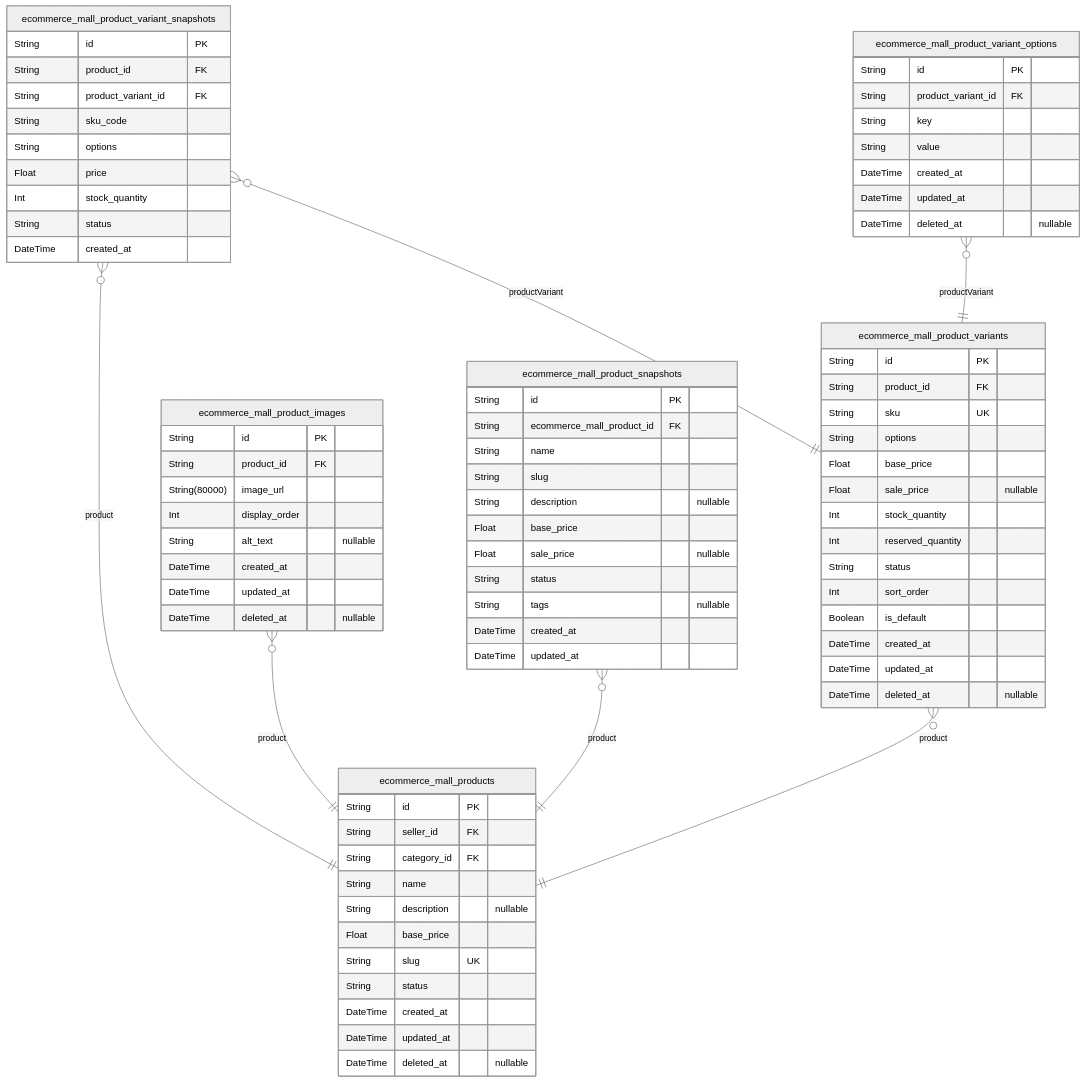
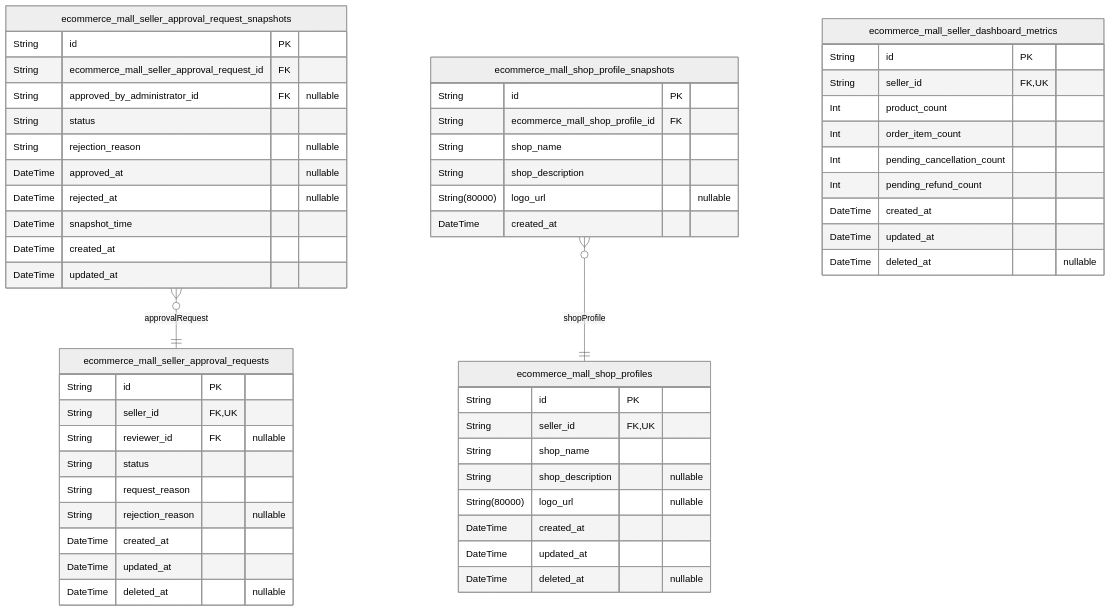
The third of 8 diagrams in qwen/qwen3.5-35b-a3b/shopping/docs/ERD.md (wrtnlabs/autobe-examples), drawn with Mermaid (neutral theme) before and after one commit. The commit also changed other lines of this file and 32093 other files, not shown here.

````diff
--- a/qwen/qwen3.5-35b-a3b/shopping/docs/ERD.md
+++ b/qwen/qwen3.5-35b-a3b/shopping/docs/ERD.md
@@ -929,81 +1369,57 @@
 ```mermaid
 erDiagram
-"ecommerce_mall_products" {
+"ecommerce_mall_seller_approval_requests" {
   String id PK
-  String seller_id FK
-  String category_id FK
-  String name
-  String description "nullable"
-  Float base_price
-  String slug UK
+  String seller_id FK,UK
+  String reviewer_id FK "nullable"
   String status
+  String request_reason
+  String rejection_reason "nullable"
   DateTime created_at
   DateTime updated_at
   DateTime deleted_at "nullable"
 }
-"ecommerce_mall_product_variants" {
+"ecommerce_mall_seller_approval_request_snapshots" {
   String id PK
-  String product_id FK
-  String sku UK
-  String options
-  Float base_price
-  Float sale_price "nullable"
-  Int stock_quantity
-  Int reserved_quantity
+  String ecommerce_mall_seller_approval_request_id FK
+  String approved_by_administrator_id FK "nullable"
   String status
-  Int sort_order
-  Boolean is_default
+  String rejection_reason "nullable"
+  DateTime approved_at "nullable"
+  DateTime rejected_at "nullable"
+  DateTime snapshot_time
+  DateTime created_at
+  DateTime updated_at
+}
+"ecommerce_mall_shop_profiles" {
+  String id PK
+  String seller_id FK,UK
+  String shop_name
+  String shop_description "nullable"
+  String(80000) logo_url "nullable"
   DateTime created_at
   DateTime updated_at
   DateTime deleted_at "nullable"
 }
-"ecommerce_mall_product_images" {
+"ecommerce_mall_shop_profile_snapshots" {
   String id PK
-  String product_id FK
-  String(80000) image_url
-  Int display_order
-  String alt_text "nullable"
+  String ecommerce_mall_shop_profile_id FK
+  String shop_name
+  String shop_description
+  String(80000) logo_url "nullable"
+  DateTime created_at
+}
+"ecommerce_mall_seller_dashboard_metrics" {
+  String id PK
+  String seller_id FK,UK
+  Int product_count
+  Int order_item_count
+  Int pending_cancellation_count
+  Int pending_refund_count
   DateTime created_at
   DateTime updated_at
   DateTime deleted_at "nullable"
 }
-"ecommerce_mall_product_snapshots" {
-  String id PK
-  String ecommerce_mall_product_id FK
-  String name
-  String slug
-  String description "nullable"
-  Float base_price
-  Float sale_price "nullable"
-  String status
-  String tags "nullable"
-  DateTime created_at
-  DateTime updated_at
-}
-"ecommerce_mall_product_variant_snapshots" {
-  String id PK
-  String product_id FK
-  String product_variant_id FK
-  String sku_code
-  String options
-  Float price
-  Int stock_quantity
-  String status
-  DateTime created_at
-}
-"ecommerce_mall_product_variant_options" {
-  String id PK
-  String product_variant_id FK
-  String key
-  String value
-  DateTime created_at
-  DateTime updated_at
-  DateTime deleted_at "nullable"
-}
-"ecommerce_mall_product_variants" }o--|| "ecommerce_mall_products" : product
-"ecommerce_mall_product_images" }o--|| "ecommerce_mall_products" : product
-"ecommerce_mall_product_snapshots" }o--|| "ecommerce_mall_products" : product
-"ecommerce_mall_product_variant_snapshots" }o--|| "ecommerce_mall_products" : product
-"ecommerce_mall_product_variant_snapshots" }o--|| "ecommerce_mall_product_variants" : productVariant
-"ecommerce_mall_product_variant_options" }o--|| "ecommerce_mall_product_variants" : productVariant
+"ecommerce_mall_seller_approval_request_snapshots" }o--|| "ecommerce_mall_seller_approval_requests" : approvalRequest
+"ecommerce_mall_shop_profile_snapshots" }o--|| "ecommerce_mall_shop_profiles" : shopProfile
 ```
````
